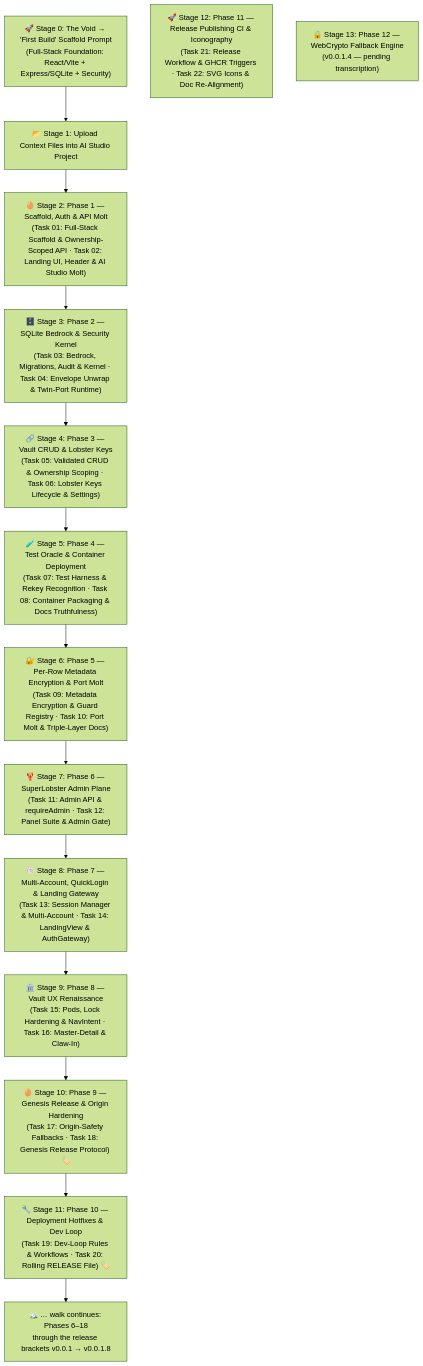
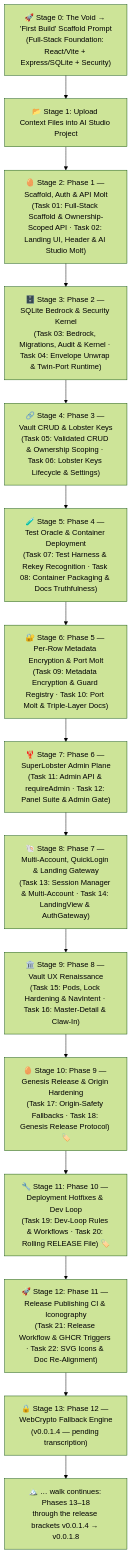
Before and after one commit to ClawStackStudios/ShellGuard: the diagram in project/meta-prompt-ai-studio.md, drawn with Mermaid (forest theme). The commit also changed 1 other file, not shown here.

Commit message:
docs: repair spine edge chain (P10->P11->P12), stale summit label, Phase 11 heading emoji

````diff
--- a/project/meta-prompt-ai-studio.md
+++ b/project/meta-prompt-ai-studio.md
@@ -16,31 +16,33 @@
 ```mermaid
 flowchart TD
     Step0["🚀 Stage 0: The Void → 'First Build' Scaffold Prompt<br/>(Full-Stack Foundation: React/Vite + Express/SQLite + Security)"]
     UploadContext["📂 Stage 1: Upload Context Files into AI Studio Project"]
     Phase1["🥚 Stage 2: Phase 1 — Scaffold, Auth & API Molt<br/>(Task 01: Full-Stack Scaffold & Ownership-Scoped API · Task 02: Landing UI, Header & AI Studio Molt)"]
     Phase2["🗄️ Stage 3: Phase 2 — SQLite Bedrock & Security Kernel<br/>(Task 03: Bedrock, Migrations, Audit & Kernel · Task 04: Envelope Unwrap & Twin-Port Runtime)"]
     Phase3["🔗 Stage 4: Phase 3 — Vault CRUD & Lobster Keys<br/>(Task 05: Validated CRUD & Ownership Scoping · Task 06: Lobster Keys Lifecycle & Settings)"]
     Phase4["🧪 Stage 5: Phase 4 — Test Oracle & Container Deployment<br/>(Task 07: Test Harness & Rekey Recognition · Task 08: Container Packaging & Docs Truthfulness)"]
     Phase5["🔐 Stage 6: Phase 5 — Per-Row Metadata Encryption & Port Molt<br/>(Task 09: Metadata Encryption & Guard Registry · Task 10: Port Molt & Triple-Layer Docs)"]
     Phase6["🦞 Stage 7: Phase 6 — SuperLobster Admin Plane<br/>(Task 11: Admin API & requireAdmin · Task 12: Panel Suite & Admin Gate)"]
     Phase7["🐚 Stage 8: Phase 7 — Multi-Account, QuickLogin & Landing Gateway<br/>(Task 13: Session Manager & Multi-Account · Task 14: LandingView & AuthGateway)"]
     Phase8["🏛️ Stage 9: Phase 8 — Vault UX Renaissance<br/>(Task 15: Pods, Lock Hardening & NavIntent · Task 16: Master-Detail & Claw-In)"]
     Phase9["🥚 Stage 10: Phase 9 — Genesis Release & Origin Hardening<br/>(Task 17: Origin-Safety Fallbacks · Task 18: Genesis Release Protocol) 🏷️"]
     Phase10["🔧 Stage 11: Phase 10 — Deployment Hotfixes & Dev Loop<br/>(Task 19: Dev-Loop Rules & Workflows · Task 20: Rolling RELEASE File) 🏷️"]
     Phase11["🚀 Stage 12: Phase 11 — Release Publishing CI & Iconography<br/>(Task 21: Release Workflow & GHCR Triggers · Task 22: SVG Icons & Doc Re-Alignment)"]
     Phase12["🔒 Stage 13: Phase 12 — WebCrypto Fallback Engine<br/>(v0.0.1.4 — pending transcription)"]
-    Summit["🏔️ … walk continues: Phases 6–18<br/>through the release brackets v0.0.1 → v0.0.1.8"]
+    Summit["🏔️ … walk continues: Phases 13–18<br/>through the release brackets v0.0.1.4 → v0.0.1.8"]
 
     Step0 --> UploadContext
     UploadContext --> Phase1
     Phase1 --> Phase2
     Phase2 --> Phase3
     Phase3 --> Phase4
     Phase4 --> Phase5
     Phase5 --> Phase6
     Phase6 --> Phase7
     Phase7 --> Phase8
     Phase8 --> Phase9
     Phase9 --> Phase10
-    Phase10 --> Summit
+    Phase10 --> Phase11
+    Phase11 --> Phase12
+    Phase12 --> Summit
 ```
````
